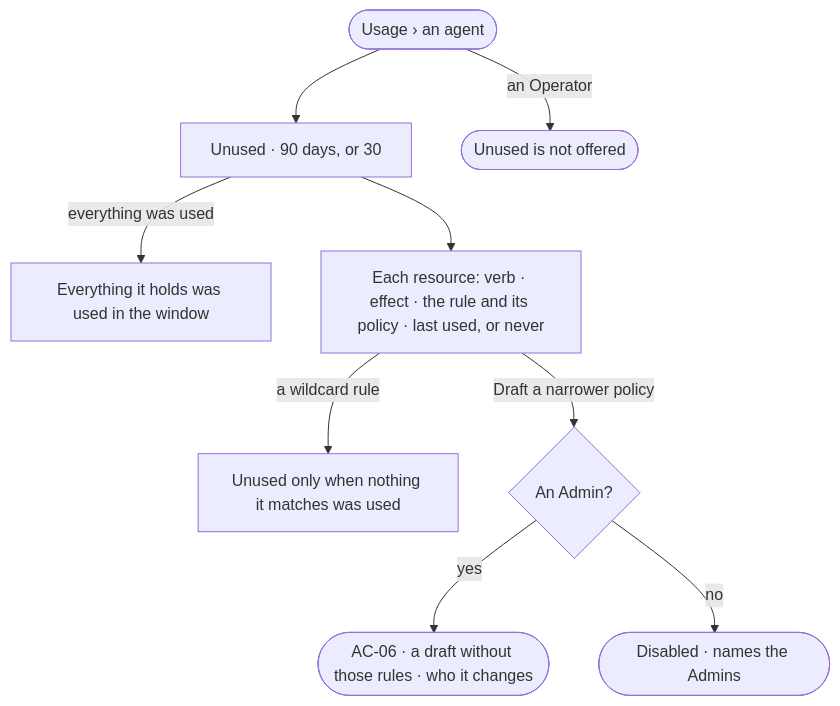
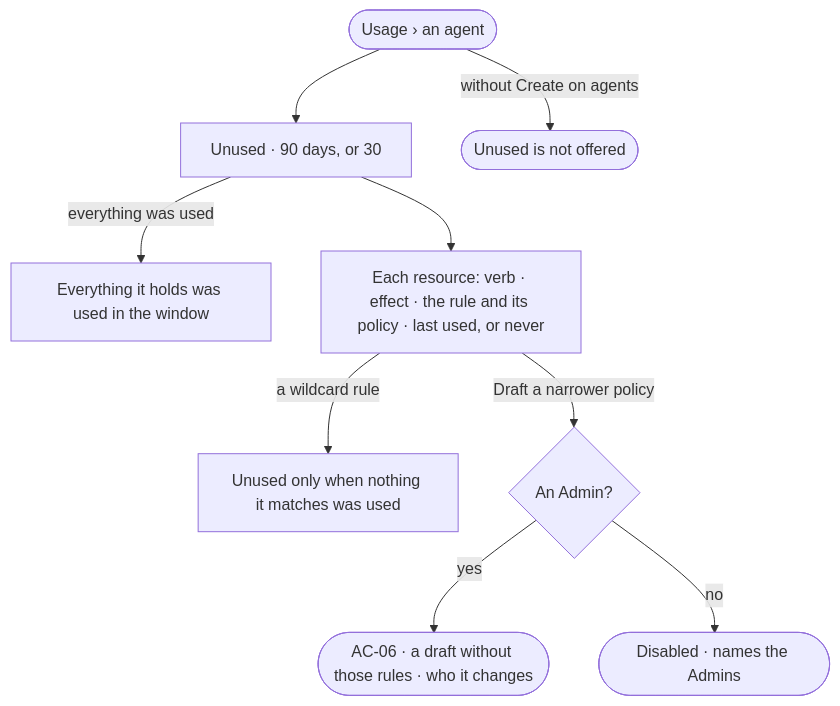
One commit to invana/invana changed the diagram in specs/os/access/features/AC-F08-access-usage/stories/AC-29-find-access-an-agent-never-uses/story.md. Above: the diagram before and after it, drawn with Mermaid. The commit also changed other lines of this file and 236 other files, not shown here.

````diff
--- a/specs/os/access/features/AC-F08-access-usage/stories/AC-29-find-access-an-agent-never-uses/story.md
+++ b/specs/os/access/features/AC-F08-access-usage/stories/AC-29-find-access-an-agent-never-uses/story.md
@@ -27,11 +27,11 @@
 ```mermaid
 flowchart TD
   a([Usage › an agent]) --> u["Unused · 90 days, or 30"]
   u -->|everything was used| none["Everything it holds was used in the window"]
   u --> rows["Each resource: verb · effect · the rule and its policy · last used, or never"]
   rows -->|a wildcard rule| wc["Unused only when nothing it matches was used"]
   rows -->|Draft a narrower policy| who{"An Admin?"}
   who -->|yes| dr(["AC-06 · a draft without those rules · who it changes"])
   who -->|no| ro(["Disabled · names the Admins"])
-  a -->|an Operator| no(["Unused is not offered"])
+  a -->|without Create on agents| no(["Unused is not offered"])
 ```
````
